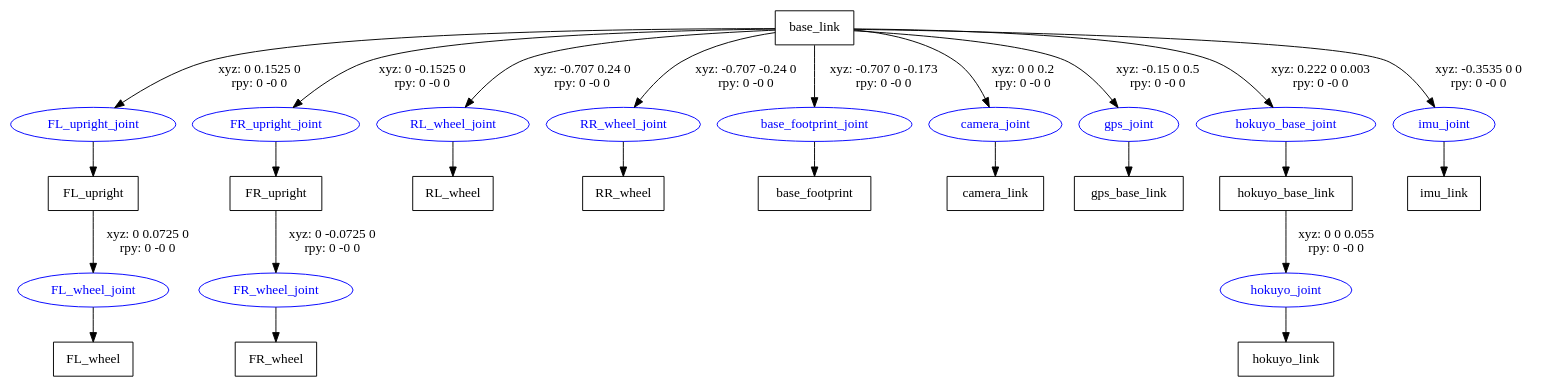
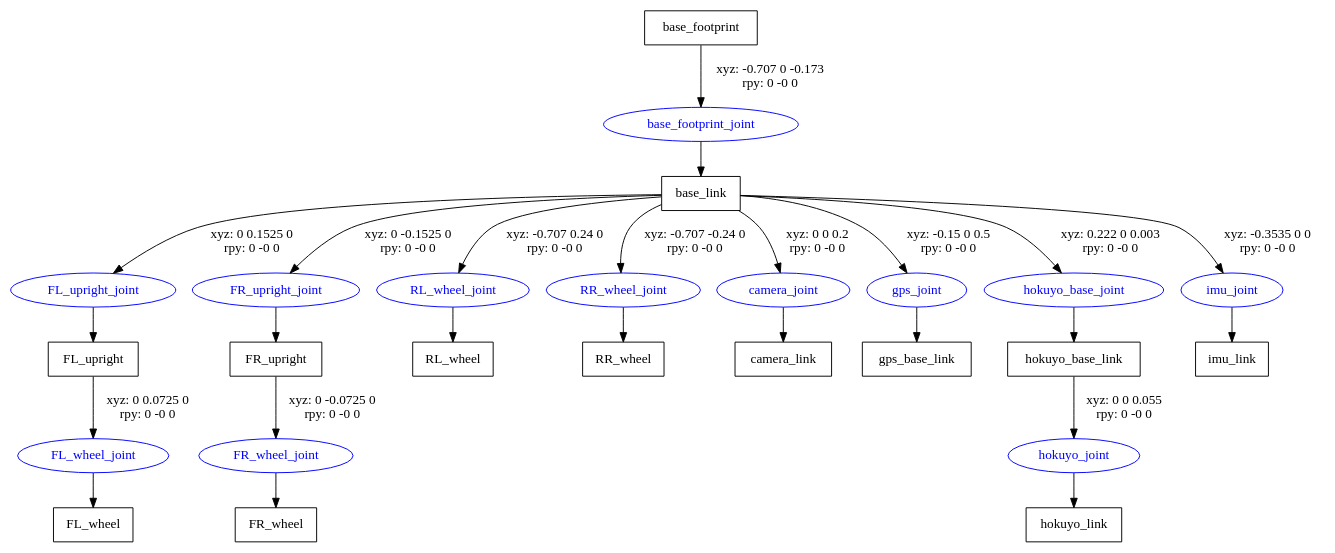
The diagram in quad_description/urdf/quad.gv (bao-eng/quad), drawn with Graphviz before and after one commit. The commit also changed 3 other files, not shown here.

Commit message:
base_footprint set as parent

```diff
--- a/quad_description/urdf/quad.gv
+++ b/quad_description/urdf/quad.gv
@@ -1,41 +1,41 @@
 digraph G {
 node [shape=box];
+"base_footprint" [label="base_footprint"];
 "base_link" [label="base_link"];
 "FL_upright" [label="FL_upright"];
 "FL_wheel" [label="FL_wheel"];
 "FR_upright" [label="FR_upright"];
 "FR_wheel" [label="FR_wheel"];
 "RL_wheel" [label="RL_wheel"];
 "RR_wheel" [label="RR_wheel"];
-"base_footprint" [label="base_footprint"];
 "camera_link" [label="camera_link"];
 "gps_base_link" [label="gps_base_link"];
 "hokuyo_base_link" [label="hokuyo_base_link"];
 "hokuyo_link" [label="hokuyo_link"];
 "imu_link" [label="imu_link"];
 node [shape=ellipse, color=blue, fontcolor=blue];
+"base_footprint" -> "base_footprint_joint" [label="xyz: -0.707 0 -0.173 \nrpy: 0 -0 0"]
+"base_footprint_joint" -> "base_link"
 "base_link" -> "FL_upright_joint" [label="xyz: 0 0.1525 0 \nrpy: 0 -0 0"]
 "FL_upright_joint" -> "FL_upright"
 "FL_upright" -> "FL_wheel_joint" [label="xyz: 0 0.0725 0 \nrpy: 0 -0 0"]
 "FL_wheel_joint" -> "FL_wheel"
 "base_link" -> "FR_upright_joint" [label="xyz: 0 -0.1525 0 \nrpy: 0 -0 0"]
 "FR_upright_joint" -> "FR_upright"
 "FR_upright" -> "FR_wheel_joint" [label="xyz: 0 -0.0725 0 \nrpy: 0 -0 0"]
 "FR_wheel_joint" -> "FR_wheel"
 "base_link" -> "RL_wheel_joint" [label="xyz: -0.707 0.24 0 \nrpy: 0 -0 0"]
 "RL_wheel_joint" -> "RL_wheel"
 "base_link" -> "RR_wheel_joint" [label="xyz: -0.707 -0.24 0 \nrpy: 0 -0 0"]
 "RR_wheel_joint" -> "RR_wheel"
-"base_link" -> "base_footprint_joint" [label="xyz: -0.707 0 -0.173 \nrpy: 0 -0 0"]
-"base_footprint_joint" -> "base_footprint"
 "base_link" -> "camera_joint" [label="xyz: 0 0 0.2 \nrpy: 0 -0 0"]
 "camera_joint" -> "camera_link"
 "base_link" -> "gps_joint" [label="xyz: -0.15 0 0.5 \nrpy: 0 -0 0"]
 "gps_joint" -> "gps_base_link"
 "base_link" -> "hokuyo_base_joint" [label="xyz: 0.222 0 0.003 \nrpy: 0 -0 0"]
 "hokuyo_base_joint" -> "hokuyo_base_link"
 "hokuyo_base_link" -> "hokuyo_joint" [label="xyz: 0 0 0.055 \nrpy: 0 -0 0"]
 "hokuyo_joint" -> "hokuyo_link"
 "base_link" -> "imu_joint" [label="xyz: -0.3535 0 0 \nrpy: 0 -0 0"]
 "imu_joint" -> "imu_link"
 }
```
